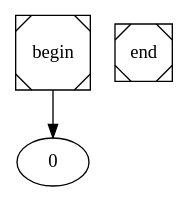
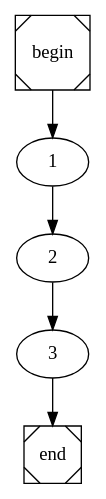
One commit to arubenruben/JMM-Compiler changed the diagram in sub.dot. Above: the diagram before and after it, drawn with Graphviz. The commit also changed 3 other files, not shown here.

```diff
--- a/sub.dot
+++ b/sub.dot
@@ -1,4 +1,4 @@
 digraph cfg {
 	begin [shape=Msquare];
 	end [shape=Msquare];
-	begin -> 0;}
+	begin -> 1;	1 -> 2;	2 -> 3;	3 -> end;}
```
